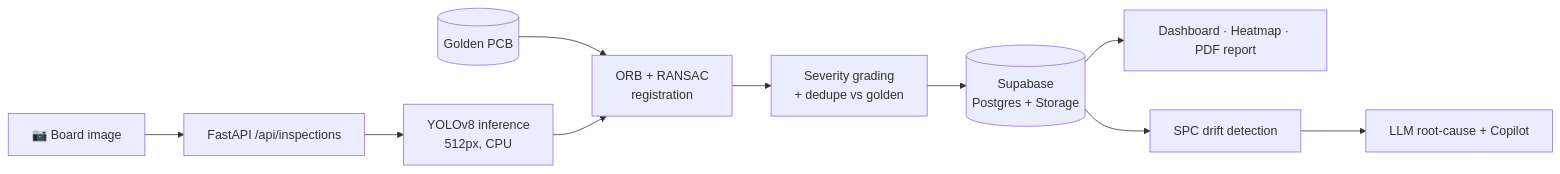
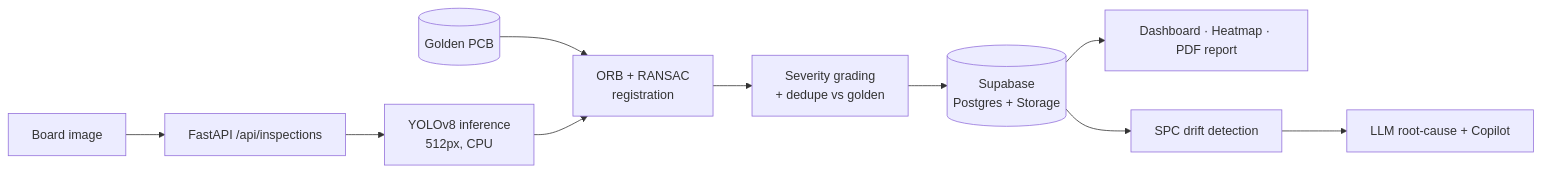
The diagram in README.md (adityaayushman/pcb-mind), drawn with Mermaid before and after one commit. The commit also changed other lines of this file, not shown here.

````diff
--- a/README.md
+++ b/README.md
@@ -61,12 +55,12 @@
 ```mermaid
 flowchart LR
-    A[📷 Board image] --> B[FastAPI /api/inspections]
+    A[Board image] --> B[FastAPI /api/inspections]
     B --> C[YOLOv8 inference<br/>512px, CPU]
     G[(Golden PCB)] --> D[ORB + RANSAC<br/>registration]
     C --> D
     D --> E[Severity grading<br/>+ dedupe vs golden]
     E --> F[(Supabase<br/>Postgres + Storage)]
     F --> H[Dashboard · Heatmap · PDF report]
     F --> I[SPC drift detection]
     I --> J[LLM root-cause + Copilot]
 ```
````
